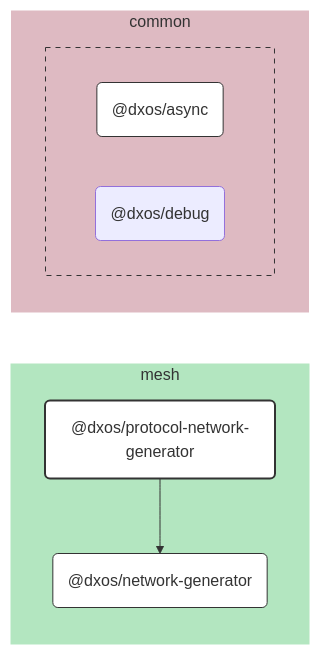
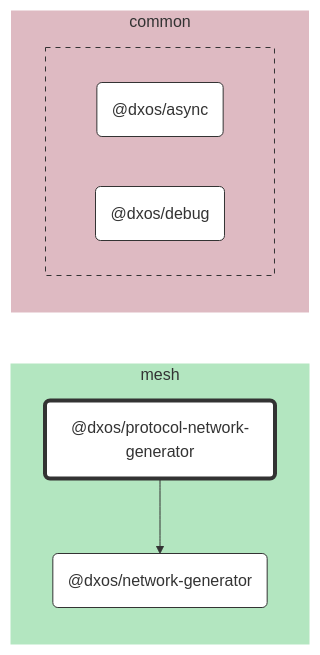
Before and after one commit to dxos/dxos: the diagram in packages/mesh/protocol-network-generator/docs/README.md, drawn with Mermaid. The commit also changed other lines of this file and 104 other files, not shown here.

````diff
--- a/packages/mesh/protocol-network-generator/docs/README.md
+++ b/packages/mesh/protocol-network-generator/docs/README.md
@@ -7,43 +7,35 @@
 ```mermaid
 %%{ init: {'flowchart':{'curve':'basis'}} }%%
 
 flowchart LR
 
-%% Links
-dxos/protocol-network-generator --> dxos/network-generator;
+%% Classes
+classDef def fill:#fff,stroke:#333,stroke-width:1px
+classDef root fill:#fff,stroke:#333,stroke-width:4px
 
-%% Sections
-subgraph mesh
-  style mesh fill:#b3e6c0,stroke:#fff;
+%% Nodes
 
-  dxos/network-generator("@dxos/network-generator")
-  dxos/protocol-network-generator("@dxos/protocol-network-generator")
+subgraph mesh [mesh]
+  style mesh fill:#b3e6c0,stroke:#fff
+  dxos/protocol-network-generator("@dxos/protocol-network-generator"):::root
+  click dxos/protocol-network-generator "dxos/dxos/tree/main/packages/mesh/protocol-network-generator/docs"
+  dxos/network-generator("@dxos/network-generator"):::def
+  click dxos/network-generator "dxos/dxos/tree/main/packages/mesh/network-generator/docs"
 end
 
-subgraph common
-  style common fill:#debac2,stroke:#fff;
-
+subgraph common [common]
+  style common fill:#debac2,stroke:#fff
 
   subgraph common-excluded [ ]
-    style common-excluded fill:#debac2,stroke:#333,stroke-dasharray:5 5;
-
-    dxos/async("@dxos/async")
-    dxos/debug("@dxos/debug")
+    style common-excluded fill:#debac2,stroke:#333,stroke-dasharray:5 5
+    dxos/async("@dxos/async"):::def
+    click dxos/async "dxos/dxos/tree/main/packages/common/async/docs"
+    dxos/debug("@dxos/debug"):::def
+    click dxos/debug "dxos/dxos/tree/main/packages/common/debug/docs"
   end
 end
 
-
-%% Hyperlinks
-click dxos/async "dxos/dxos/tree/main/packages/common/async/docs";
-click dxos/network-generator "dxos/dxos/tree/main/packages/mesh/network-generator/docs";
-
-%% Styles
-classDef rootNode fill:#fff,stroke:#333,stroke-width:2px
-classDef defaultNode fill:#fff,stroke:#333,stroke-width:1px
+%% Links
 linkStyle default stroke:#333,stroke-width:1px
-
-dxos/protocol-network-generator:::rootNode
-
-dxos/async:::defaultNode
-dxos/network-generator:::defaultNode
+dxos/protocol-network-generator --> dxos/network-generator
 ```
````
